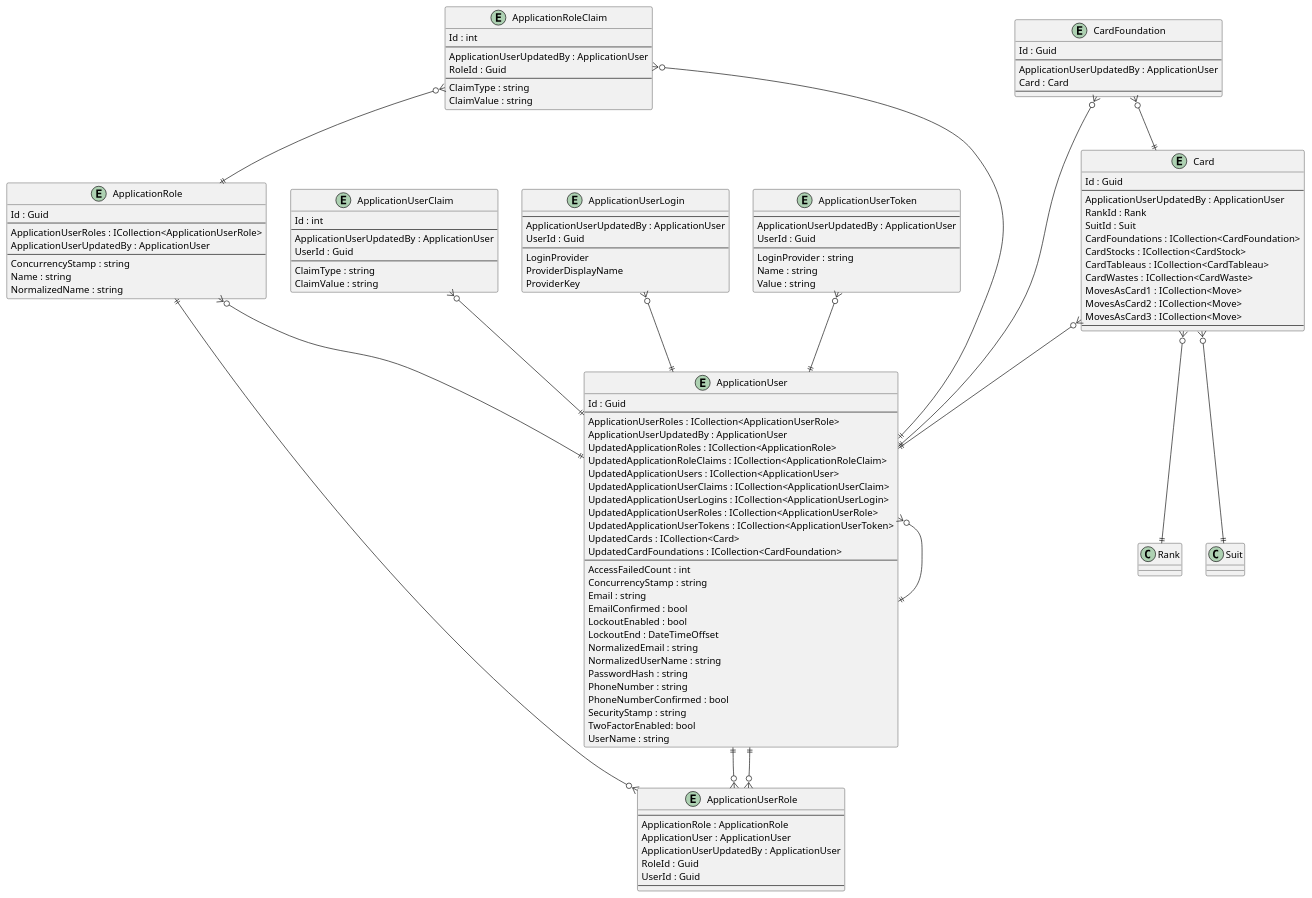
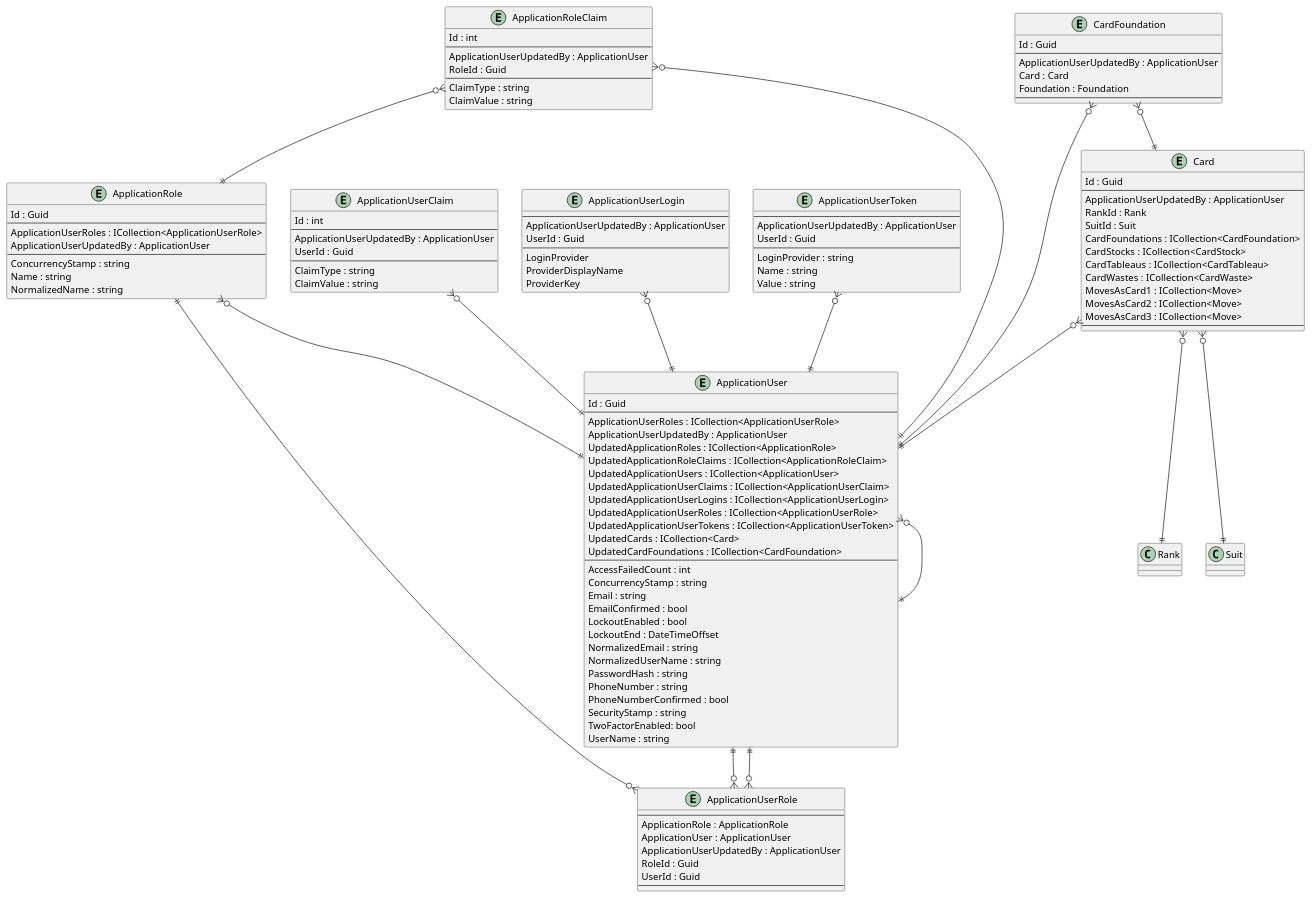
Before and after one commit to intrepion/intrepion_klondike-solitaire_csharp: the diagram in .docs/Intrepion.KlondikeSolitaire.pu, drawn with PlantUML.

```diff
--- a/.docs/Intrepion.KlondikeSolitaire.pu
+++ b/.docs/Intrepion.KlondikeSolitaire.pu
@@ -1,144 +1,145 @@
 @startuml
 
 entity ApplicationRole {
     Id : Guid
     --
     ApplicationUserRoles : ICollection<ApplicationUserRole>
     ApplicationUserUpdatedBy : ApplicationUser
     --
     ConcurrencyStamp : string
     Name : string
     NormalizedName : string
 }
 
 entity ApplicationRoleClaim {
     Id : int
     --
     ApplicationUserUpdatedBy : ApplicationUser
     RoleId : Guid
     --
     ClaimType : string
     ClaimValue : string
 }
 
 entity ApplicationUser {
     Id : Guid
     --
     ApplicationUserRoles : ICollection<ApplicationUserRole>
     ApplicationUserUpdatedBy : ApplicationUser
     UpdatedApplicationRoles : ICollection<ApplicationRole>
     UpdatedApplicationRoleClaims : ICollection<ApplicationRoleClaim>
     UpdatedApplicationUsers : ICollection<ApplicationUser>
     UpdatedApplicationUserClaims : ICollection<ApplicationUserClaim>
     UpdatedApplicationUserLogins : ICollection<ApplicationUserLogin>
     UpdatedApplicationUserRoles : ICollection<ApplicationUserRole>
     UpdatedApplicationUserTokens : ICollection<ApplicationUserToken>
     UpdatedCards : ICollection<Card>
     UpdatedCardFoundations : ICollection<CardFoundation>
     ' ApplicationUserKeyCodePlaceholder
     --
     AccessFailedCount : int
     ConcurrencyStamp : string
     Email : string
     EmailConfirmed : bool
     LockoutEnabled : bool
     LockoutEnd : DateTimeOffset
     NormalizedEmail : string
     NormalizedUserName : string
     PasswordHash : string
     PhoneNumber : string
     PhoneNumberConfirmed : bool
     SecurityStamp : string
     TwoFactorEnabled: bool
     UserName : string
 }
 
 entity ApplicationUserClaim {
     Id : int
     --
     ApplicationUserUpdatedBy : ApplicationUser
     UserId : Guid
     --
     ClaimType : string
     ClaimValue : string
 }
 
 entity ApplicationUserLogin {
     --
     ApplicationUserUpdatedBy : ApplicationUser
     UserId : Guid
     --
     LoginProvider
     ProviderDisplayName
     ProviderKey
 }
 
 entity ApplicationUserRole {
     --
     ApplicationRole : ApplicationRole
     ApplicationUser : ApplicationUser
     ApplicationUserUpdatedBy : ApplicationUser
     RoleId : Guid
     UserId : Guid
     --
 }
 
 entity ApplicationUserToken {
     --
     ApplicationUserUpdatedBy : ApplicationUser
     UserId : Guid
     --
     LoginProvider : string
     Name : string
     Value : string
 }
 
 entity Card {
     Id : Guid
     --
     ApplicationUserUpdatedBy : ApplicationUser
     RankId : Rank
     SuitId : Suit
     CardFoundations : ICollection<CardFoundation>
     CardStocks : ICollection<CardStock>
     CardTableaus : ICollection<CardTableau>
     CardWastes : ICollection<CardWaste>
     MovesAsCard1 : ICollection<Move>
     MovesAsCard2 : ICollection<Move>
     MovesAsCard3 : ICollection<Move>
     ' CardKeyCodePlaceholder
     --
     ' CardPropertyCodePlaceholder
 }
 
 entity CardFoundation {
     Id : Guid
     --
     ApplicationUserUpdatedBy : ApplicationUser
     Card : Card
+    Foundation : Foundation
     ' CardFoundationKeyCodePlaceholder
     --
     ' CardFoundationPropertyCodePlaceholder
 }
 
 ' EntityCodePlaceholder
 
 ApplicationRole ||--o{ ApplicationUserRole
 ApplicationRole }o--|| ApplicationUser
 ApplicationRoleClaim }o--|| ApplicationRole
 ApplicationRoleClaim }o--|| ApplicationUser
 ApplicationUser }o--|| ApplicationUser
 ApplicationUser ||--o{ ApplicationUserRole
 ApplicationUserClaim }o--|| ApplicationUser
 ApplicationUserLogin }o--|| ApplicationUser
 ApplicationUserRole }o--|| ApplicationUser
 ApplicationUserToken }o--|| ApplicationUser
 
 Card }o--|| ApplicationUser
 Card }o--|| Rank
 Card }o--|| Suit
 CardFoundation }o--|| ApplicationUser
 CardFoundation }o--|| Card
 ' RelationshipCodePlaceholder
 
 @enduml
```
